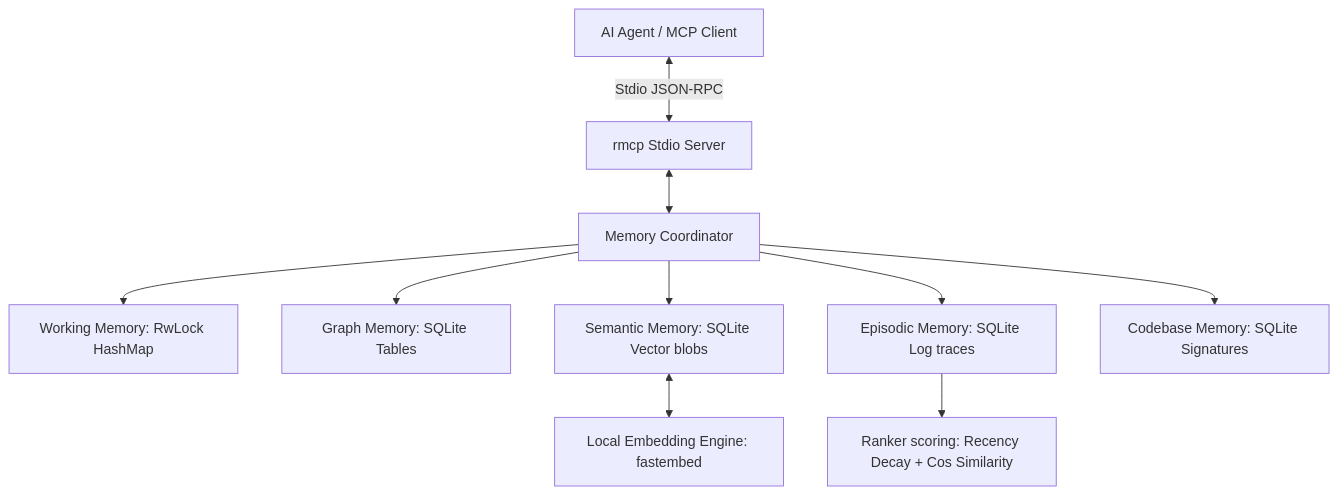
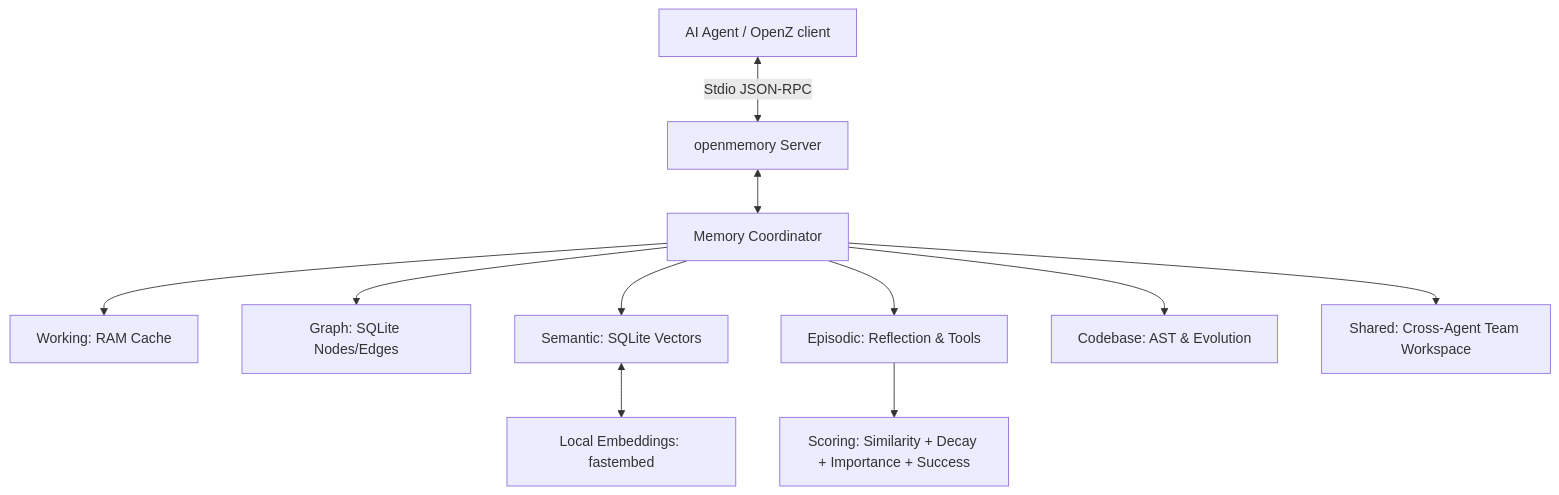
Before and after one commit to aswin402/memory_rs: the diagram in README.md, drawn with Mermaid. The commit also changed other lines of this file and 12 other files, not shown here.

Commit message:
feat: refactor to openmemory_rs - unified cognitive memory engine with 6 layers, AST parsing, episodic reflection logs, tool performance tracker, and shared agent team memory

````diff
--- a/README.md
+++ b/README.md
@@ -55,14 +54,15 @@
 ```mermaid
 graph TD
-    Client[AI Agent / MCP Client] <-->|Stdio JSON-RPC| Server[rmcp Stdio Server]
+    Client[AI Agent / OpenZ client] <-->|Stdio JSON-RPC| Server[openmemory Server]
     Server <--> Coordinator[Memory Coordinator]
     
-    Coordinator --> L1[Working Memory: RwLock HashMap]
-    Coordinator --> L2[Graph Memory: SQLite Tables]
-    Coordinator --> L3[Semantic Memory: SQLite Vector blobs]
-    Coordinator --> L4[Episodic Memory: SQLite Log traces]
-    Coordinator --> L5[Codebase Memory: SQLite Signatures]
+    Coordinator --> L1[Working: RAM Cache]
+    Coordinator --> L2[Graph: SQLite Nodes/Edges]
+    Coordinator --> L3[Semantic: SQLite Vectors]
+    Coordinator --> L4[Episodic: Reflection & Tools]
+    Coordinator --> L5[Codebase: AST & Evolution]
+    Coordinator --> L6[Shared: Cross-Agent Team Workspace]
     
-    L3 <--> LocalEmbedding[Local Embedding Engine: fastembed]
-    L4 --> Ranker[Ranker scoring: Recency Decay + Cos Similarity]
+    L3 <--> LocalEmbedding[Local Embeddings: fastembed]
+    L4 --> Ranker[Scoring: Similarity + Decay + Importance + Success]
 ```
````
